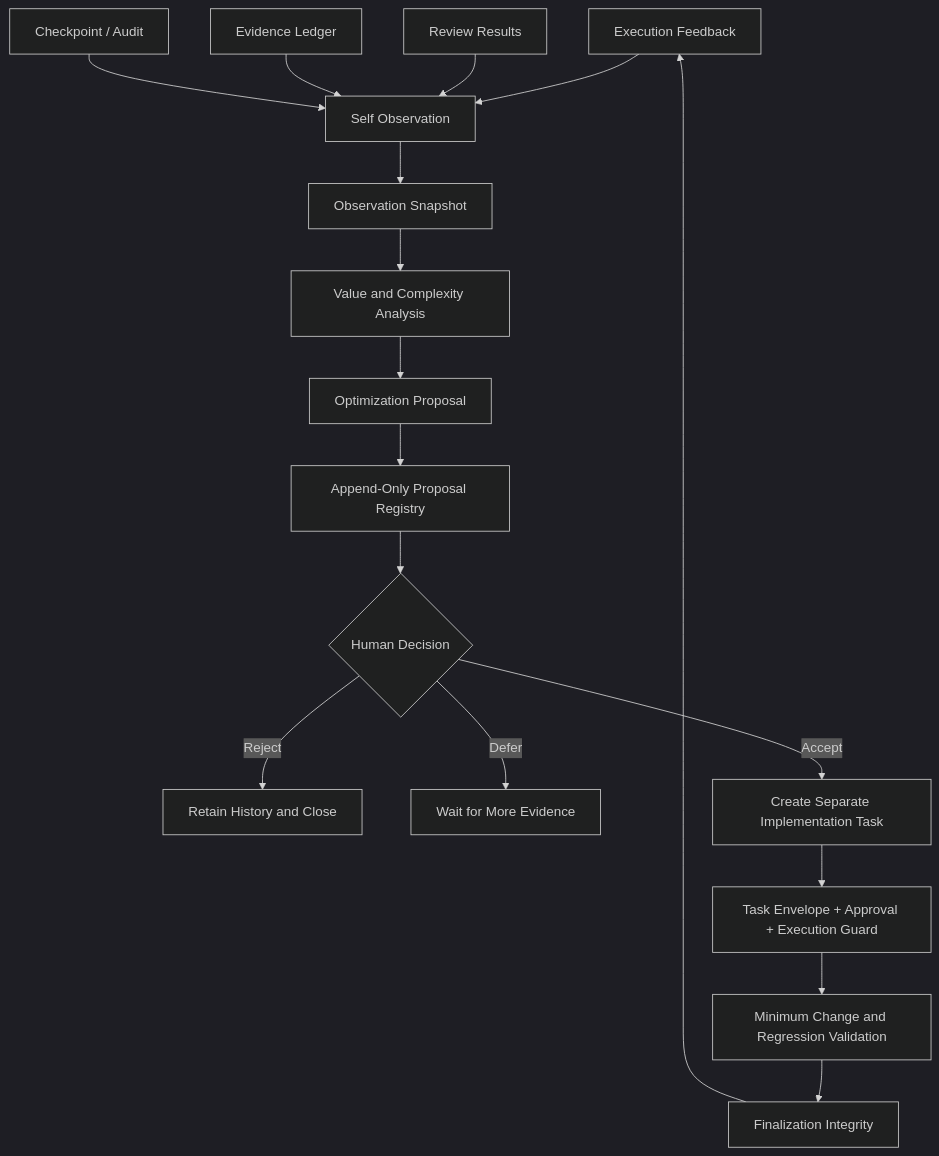
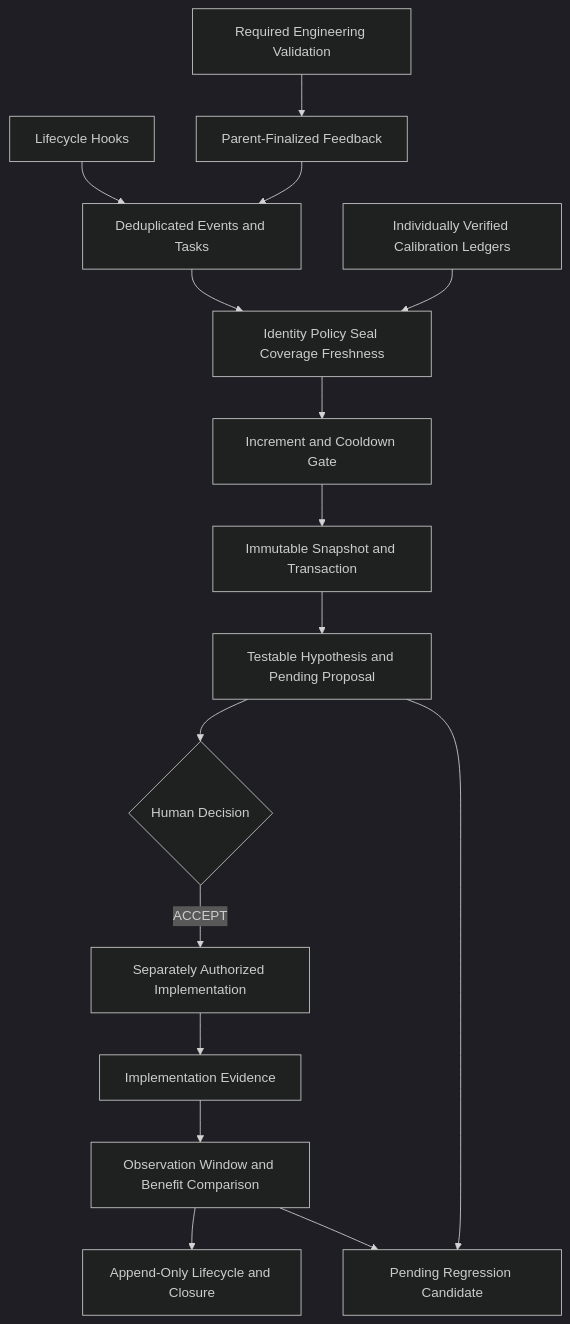
One commit to JimmyVGDY/codex-long-term-assistant-skills changed the diagram in locales/en/docs/evolution/SELF_EVOLUTION_ARCHITECTURE.md. Above: the diagram before and after it, drawn with Mermaid (dark theme). The commit also changed other lines of this file and 109 other files, not shown here.

````diff
--- a/locales/en/docs/evolution/SELF_EVOLUTION_ARCHITECTURE.md
+++ b/locales/en/docs/evolution/SELF_EVOLUTION_ARCHITECTURE.md
@@ -9,19 +5,18 @@
 ```mermaid
 flowchart TD
-    A[Execution Feedback] --> O[Self Observation]
-    B[Review Results] --> O
-    C[Evidence Ledger] --> O
-    D[Checkpoint / Audit] --> O
-    O --> S[Observation Snapshot]
-    S --> V[Value and Complexity Analysis]
-    V --> P[Optimization Proposal]
-    P --> R[Append-Only Proposal Registry]
-    R --> H{Human Decision}
-    H -->|Reject| X[Retain History and Close]
-    H -->|Defer| W[Wait for More Evidence]
-    H -->|Accept| T[Create Separate Implementation Task]
-    T --> G[Task Envelope + Approval + Execution Guard]
-    G --> I[Minimum Change and Regression Validation]
-    I --> F[Finalization Integrity]
-    F --> A
+    H[Lifecycle Hooks] --> E[Deduplicated Events and Tasks]
+    V[Required Engineering Validation] --> F[Parent-Finalized Feedback]
+    F --> E
+    E --> C[Identity Policy Seal Coverage Freshness]
+    L[Individually Verified Calibration Ledgers] --> C
+    C --> I[Increment and Cooldown Gate]
+    I --> S[Immutable Snapshot and Transaction]
+    S --> P[Testable Hypothesis and Pending Proposal]
+    P --> D{Human Decision}
+    D -->|ACCEPT| T[Separately Authorized Implementation]
+    T --> R[Implementation Evidence]
+    R --> B[Observation Window and Benefit Comparison]
+    B --> X[Append-Only Lifecycle and Closure]
+    P --> N[Pending Regression Candidate]
+    B --> N
 ```
````
